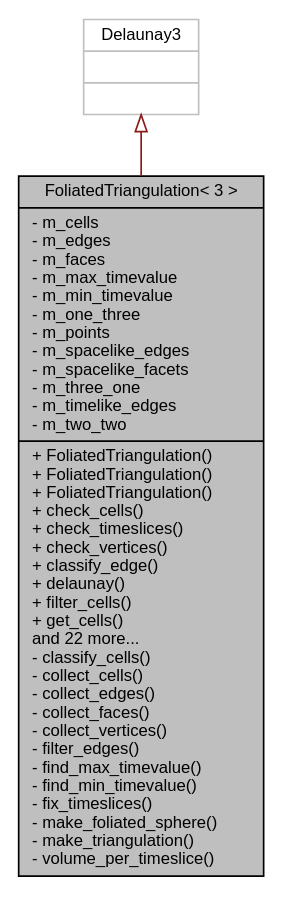
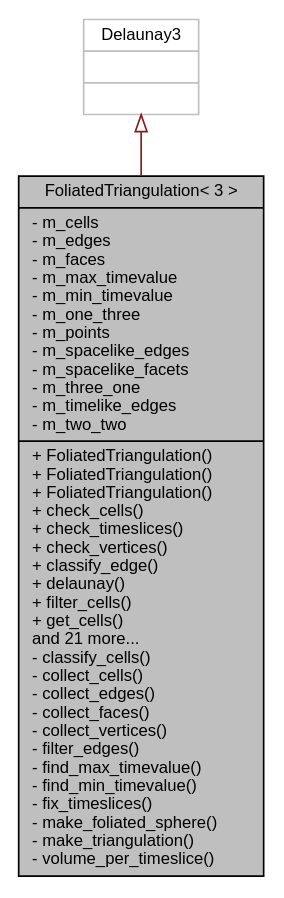
The diagram in class_foliated_triangulation_3_013_01_4__inherit__graph.dot (acgetchell/CDT-plusplus), drawn with Graphviz before and after one commit. The commit also changed 224 other files, not shown here.

```diff
--- a/class_foliated_triangulation_3_013_01_4__inherit__graph.dot
+++ b/class_foliated_triangulation_3_013_01_4__inherit__graph.dot
@@ -1,9 +1,9 @@
 digraph "FoliatedTriangulation&lt; 3 &gt;"
 {
  // LATEX_PDF_SIZE
   edge [fontname="Helvetica",fontsize="10",labelfontname="Helvetica",labelfontsize="10"];
   node [fontname="Helvetica",fontsize="10",shape=record];
-  Node1 [label="{FoliatedTriangulation\< 3 \>\n|- m_cells\l- m_edges\l- m_faces\l- m_max_timevalue\l- m_min_timevalue\l- m_one_three\l- m_points\l- m_spacelike_edges\l- m_spacelike_facets\l- m_three_one\l- m_timelike_edges\l- m_two_two\l|+ FoliatedTriangulation()\l+ FoliatedTriangulation()\l+ FoliatedTriangulation()\l+ check_cells()\l+ check_timeslices()\l+ check_vertices()\l+ classify_edge()\l+ delaunay()\l+ filter_cells()\l+ get_cells()\land 22 more...\l- classify_cells()\l- collect_cells()\l- collect_edges()\l- collect_faces()\l- collect_vertices()\l- filter_edges()\l- find_max_timevalue()\l- find_min_timevalue()\l- fix_timeslices()\l- make_foliated_sphere()\l- make_triangulation()\l- volume_per_timeslice()\l}",height=0.2,width=0.4,color="black", fillcolor="grey75", style="filled", fontcolor="black",tooltip="3D Triangulation"];
+  Node1 [label="{FoliatedTriangulation\< 3 \>\n|- m_cells\l- m_edges\l- m_faces\l- m_max_timevalue\l- m_min_timevalue\l- m_one_three\l- m_points\l- m_spacelike_edges\l- m_spacelike_facets\l- m_three_one\l- m_timelike_edges\l- m_two_two\l|+ FoliatedTriangulation()\l+ FoliatedTriangulation()\l+ FoliatedTriangulation()\l+ check_cells()\l+ check_timeslices()\l+ check_vertices()\l+ classify_edge()\l+ delaunay()\l+ filter_cells()\l+ get_cells()\land 21 more...\l- classify_cells()\l- collect_cells()\l- collect_edges()\l- collect_faces()\l- collect_vertices()\l- filter_edges()\l- find_max_timevalue()\l- find_min_timevalue()\l- fix_timeslices()\l- make_foliated_sphere()\l- make_triangulation()\l- volume_per_timeslice()\l}",height=0.2,width=0.4,color="black", fillcolor="grey75", style="filled", fontcolor="black",tooltip="3D Triangulation"];
   Node2 -> Node1 [dir="back",color="firebrick4",fontsize="10",style="solid",arrowtail="onormal",fontname="Helvetica"];
   Node2 [label="{Delaunay3\n||}",height=0.2,width=0.4,color="grey75", fillcolor="white", style="filled",tooltip=" "];
 }
```
